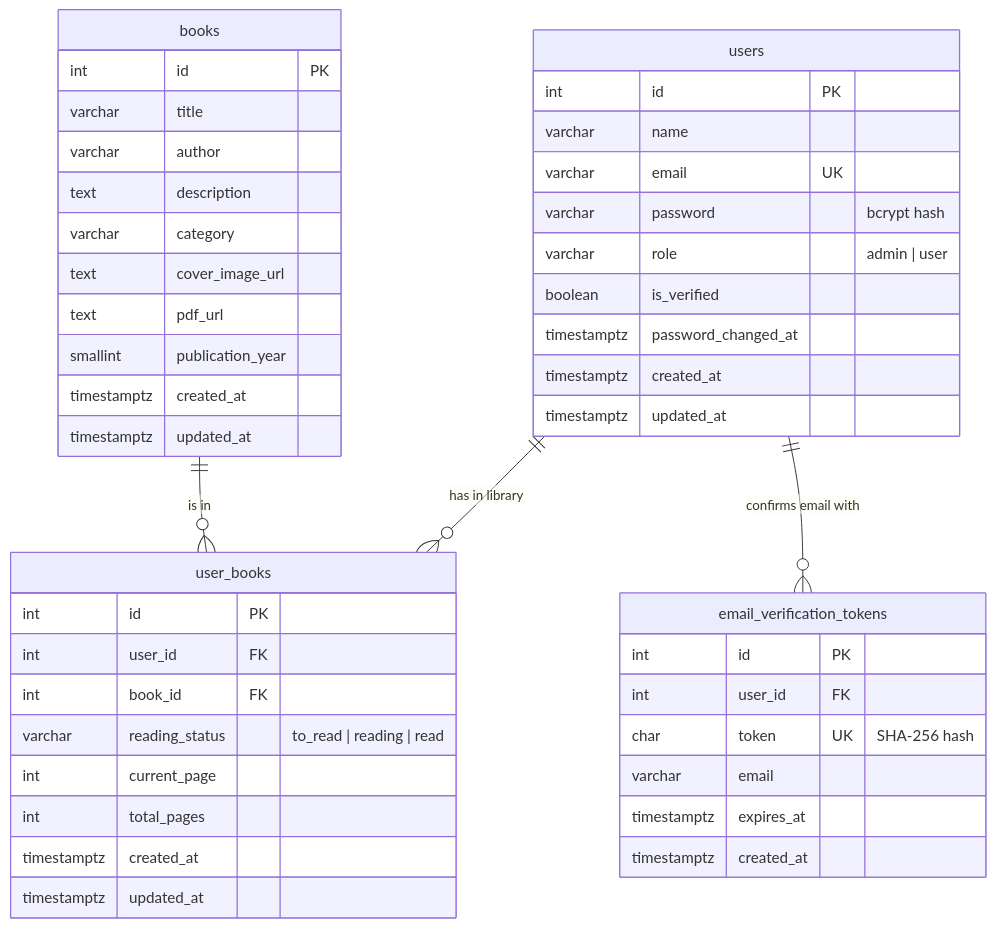
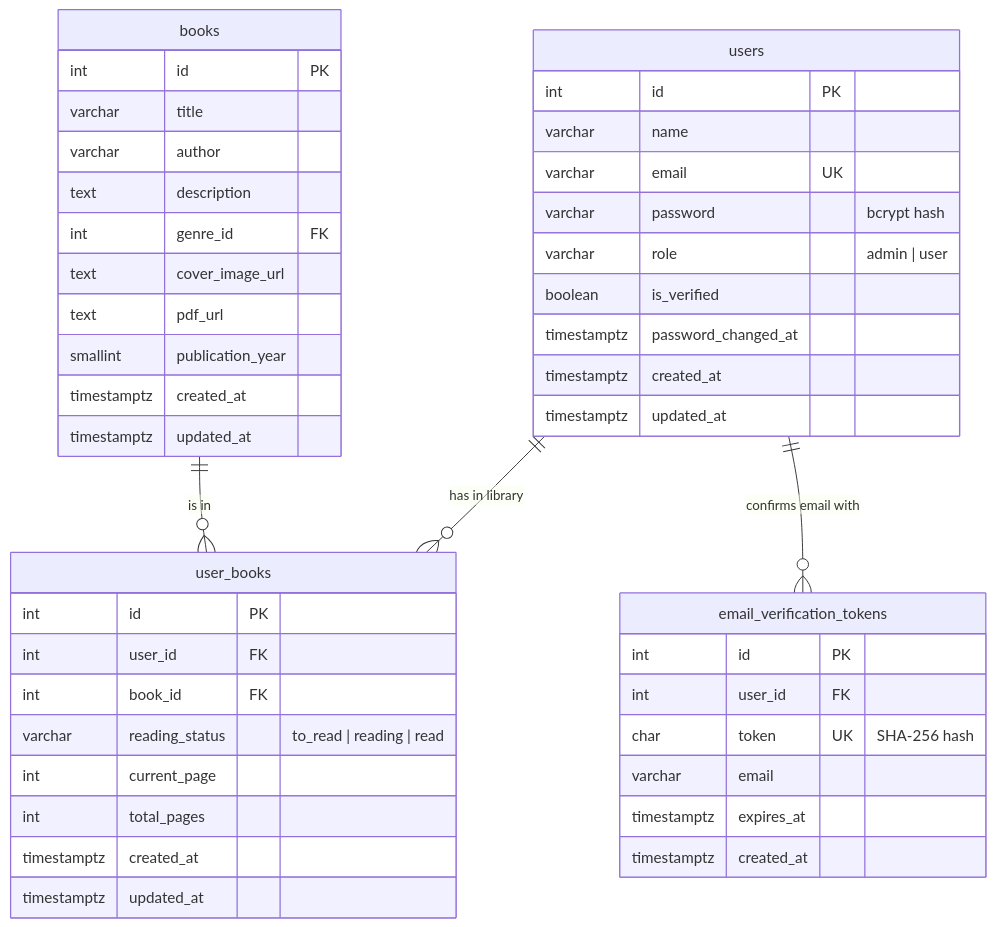
One commit to asmaameur/booktracker changed the diagram in backend/README.md. Above: the diagram before and after it, drawn with Mermaid. The commit also changed other lines of this file and 49 other files, not shown here.

````diff
--- a/backend/README.md
+++ b/backend/README.md
@@ -94,48 +99,48 @@
 ```mermaid
 erDiagram
     users ||--o{ user_books : "has in library"
     books ||--o{ user_books : "is in"
     users ||--o{ email_verification_tokens : "confirms email with"
 
     users {
         int id PK
         varchar name
         varchar email UK
         varchar password "bcrypt hash"
         varchar role "admin | user"
         boolean is_verified
         timestamptz password_changed_at
         timestamptz created_at
         timestamptz updated_at
     }
     books {
         int id PK
         varchar title
         varchar author
         text description
-        varchar category
+        int genre_id FK
         text cover_image_url
         text pdf_url
         smallint publication_year
         timestamptz created_at
         timestamptz updated_at
     }
     user_books {
         int id PK
         int user_id FK
         int book_id FK
         varchar reading_status "to_read | reading | read"
         int current_page
         int total_pages
         timestamptz created_at
         timestamptz updated_at
     }
     email_verification_tokens {
         int id PK
         int user_id FK
         char token UK "SHA-256 hash"
         varchar email
         timestamptz expires_at
         timestamptz created_at
     }
 ```
````
